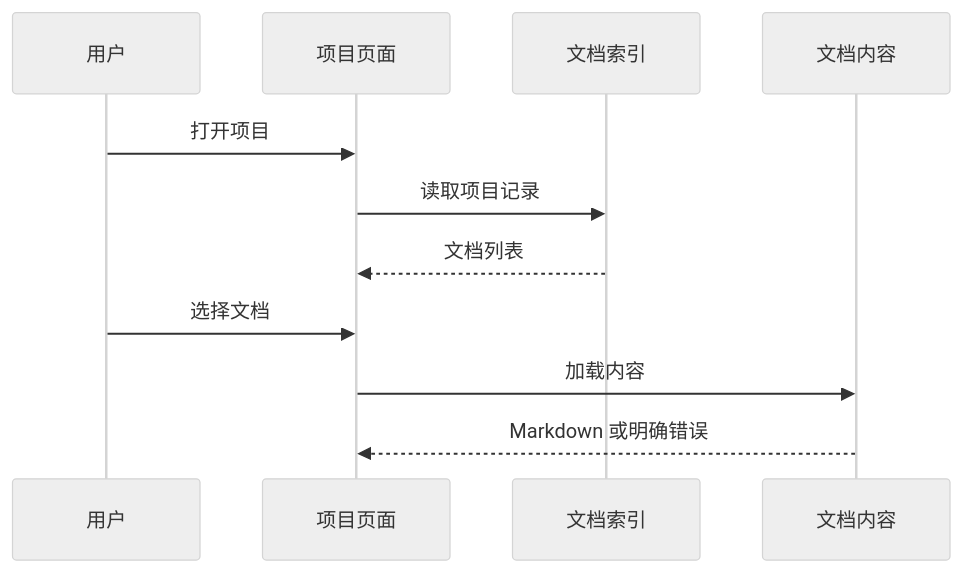
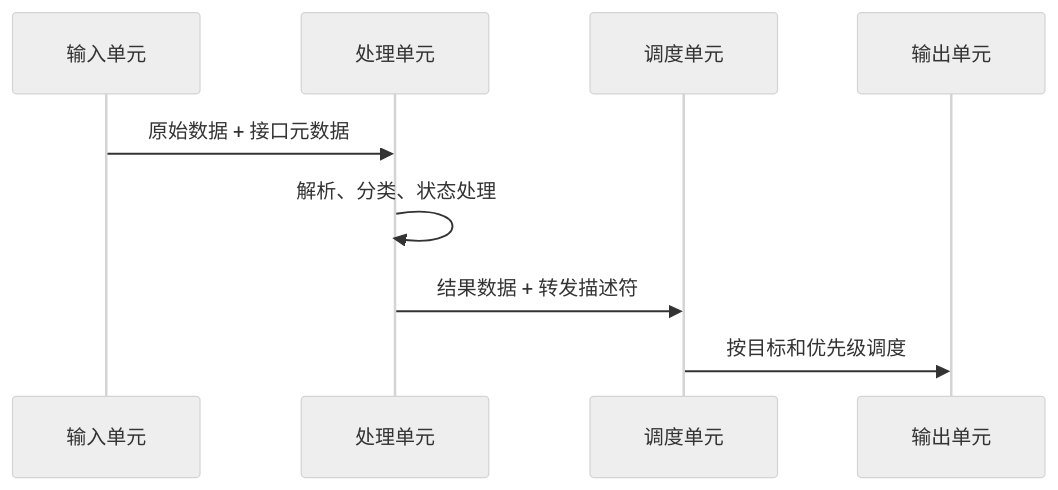
The third of 3 diagrams in templates/design/architecture-design.md (corezilla/STD), drawn with Mermaid (neutral theme) before and after one commit. The commit also changed other lines of this file and 11 other files, not shown here.

````diff
--- a/templates/design/architecture-design.md
+++ b/templates/design/architecture-design.md
@@ -198,13 +254,11 @@
 ```mermaid
 sequenceDiagram
-    participant U as 用户
-    participant UI as 项目页面
-    participant IDX as 文档索引
-    participant DOC as 文档内容
-    U->>UI: 打开项目
-    UI->>IDX: 读取项目记录
-    IDX-->>UI: 文档列表
-    U->>UI: 选择文档
-    UI->>DOC: 加载内容
-    DOC-->>UI: Markdown 或明确错误
+    participant I as 输入单元
+    participant P as 处理单元
+    participant D as 调度单元
+    participant O as 输出单元
+    I->>P: 原始数据 + 接口元数据
+    P->>P: 解析、分类、状态处理
+    P->>D: 结果数据 + 转发描述符
+    D->>O: 按目标和优先级调度
 ```
````
